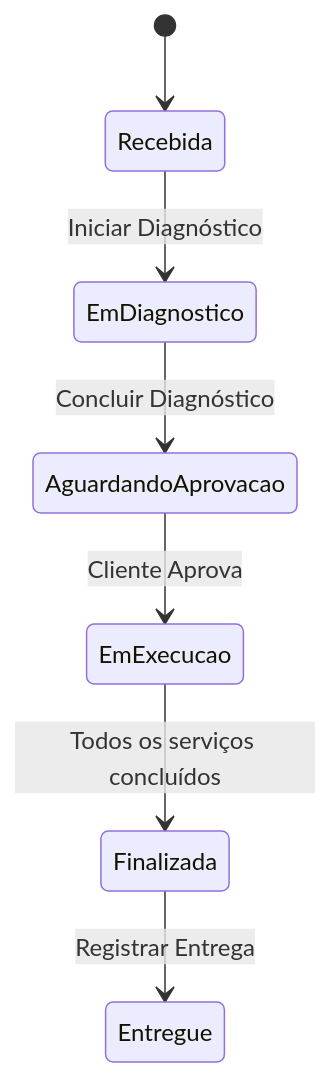
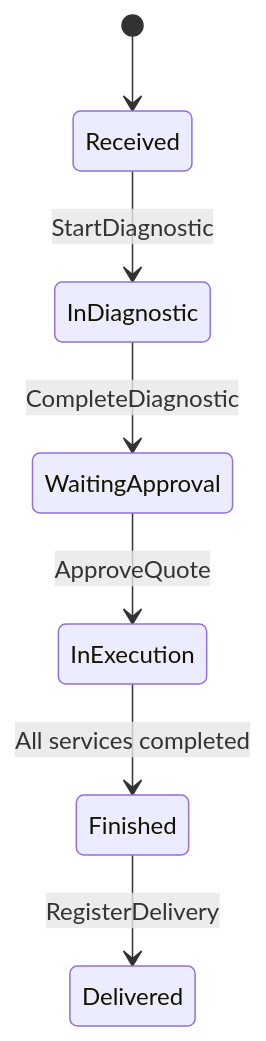
Before and after one commit to marcossilvajnr/GarageFlow: the second of 6 diagrams in docs/domain/bounded-contexts.md, drawn with Mermaid. The commit also changed other lines of this file and 32 other files, not shown here.

````diff
--- a/docs/domain/bounded-contexts.md
+++ b/docs/domain/bounded-contexts.md
@@ -131,9 +152,9 @@
 ```mermaid
 stateDiagram-v2
-    [*] --> Recebida
-    Recebida --> EmDiagnostico : Iniciar Diagnóstico
-    EmDiagnostico --> AguardandoAprovacao : Concluir Diagnóstico
-    AguardandoAprovacao --> EmExecucao : Cliente Aprova
-    EmExecucao --> Finalizada : Todos os serviços concluídos
-    Finalizada --> Entregue : Registrar Entrega
+    [*] --> Received
+    Received --> InDiagnostic : StartDiagnostic
+    InDiagnostic --> WaitingApproval : CompleteDiagnostic
+    WaitingApproval --> InExecution : ApproveQuote
+    InExecution --> Finished : All services completed
+    Finished --> Delivered : RegisterDelivery
 ```
````
